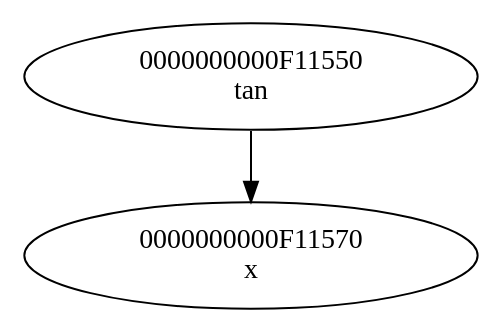
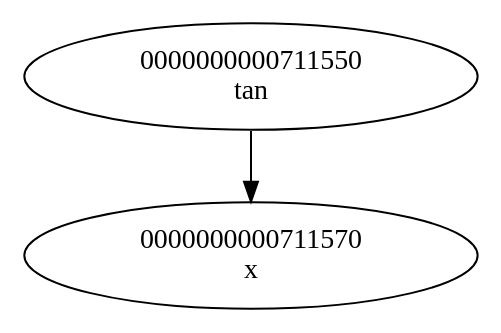
Before and after one commit to levasemin/Diff: the diagram in database_files/read.dot, drawn with Graphviz. The commit also changed 27 other files, not shown here.

```diff
--- a/database_files/read.dot
+++ b/database_files/read.dot
@@ -1,7 +1,7 @@
 digraph G{
-"0000000000F11550
-tan"->"0000000000F11570
+"0000000000711550
+tan"->"0000000000711570
 x";
-"0000000000F11570
+"0000000000711570
 x";
 }
```
